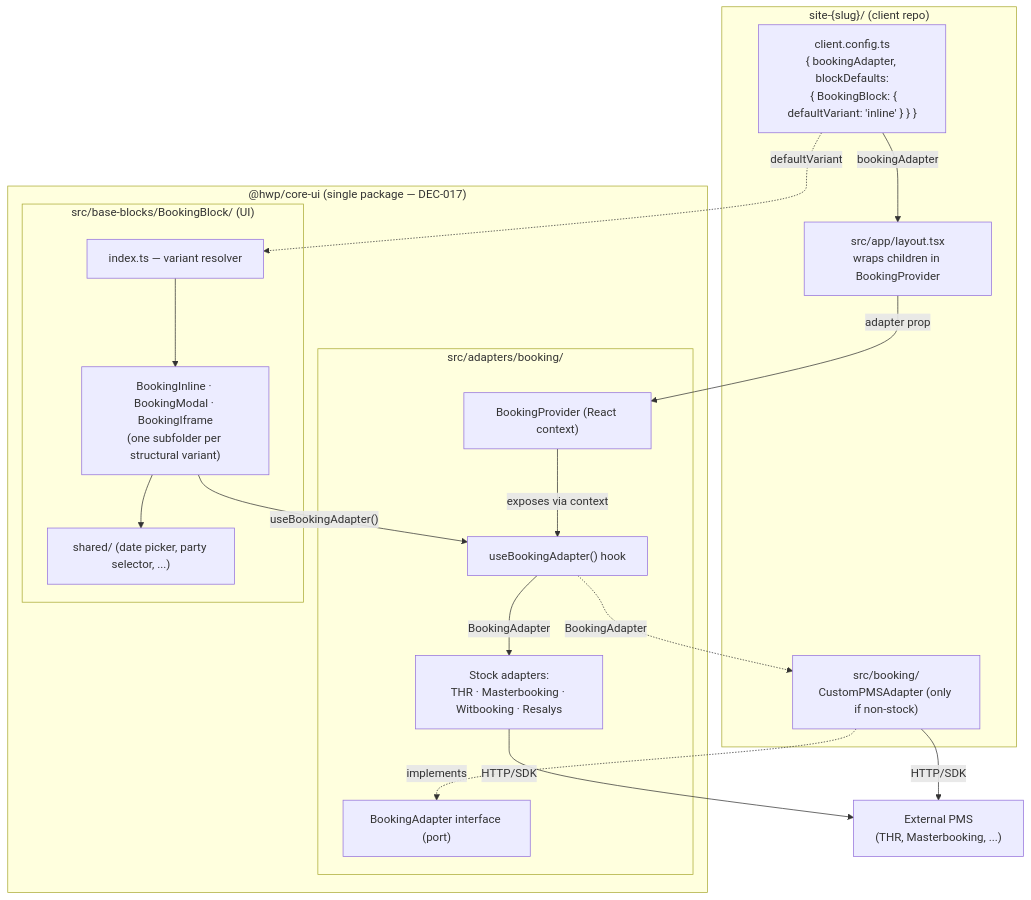
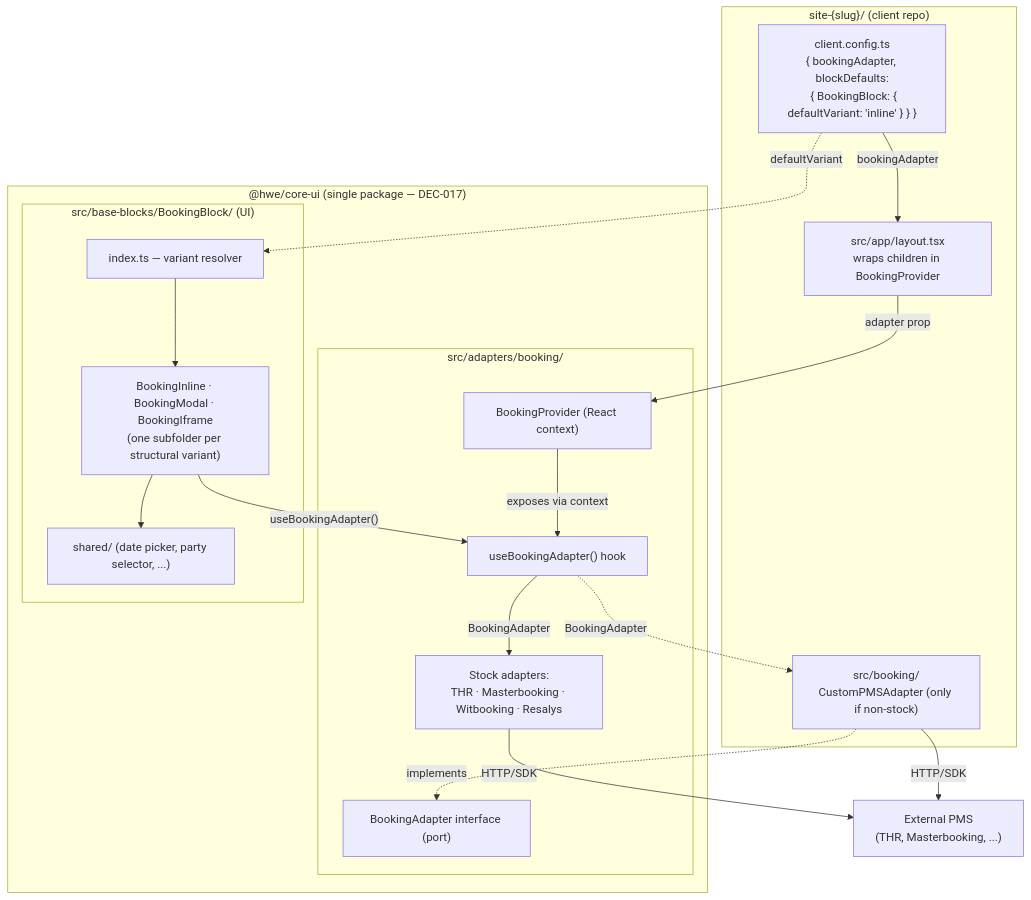
Before and after one commit to AD-Web-Headless-IA/hwe-tools: the diagram in docs/diagrams/booking-architecture.md, drawn with Mermaid. The commit also changed other lines of this file and 90 other files, not shown here.

Commit message:
modificadas referencias de hwp a hwe

````diff
--- a/docs/diagrams/booking-architecture.md
+++ b/docs/diagrams/booking-architecture.md
@@ -5,37 +5,37 @@
 ```mermaid
 flowchart TB
   subgraph client_repo["site-{slug}/  (client repo)"]
     layout["src/app/layout.tsx\nwraps children in BookingProvider"]
     cfg["client.config.ts\n{ bookingAdapter, blockDefaults:\n  { BookingBlock: { defaultVariant: 'inline' } } }"]
     custom["src/booking/\nCustomPMSAdapter (only if non-stock)"]
   end
 
-  subgraph coreui["@hwp/core-ui  (single package — DEC-017)"]
+  subgraph coreui["@hwe/core-ui  (single package — DEC-017)"]
     subgraph adapters["src/adapters/booking/"]
       iface["BookingAdapter interface (port)"]
       stock["Stock adapters:\nTHR · Masterbooking · Witbooking · Resalys"]
       provider["BookingProvider (React context)"]
       hook["useBookingAdapter() hook"]
     end
 
     subgraph blocks["src/base-blocks/BookingBlock/  (UI)"]
       resolver["index.ts — variant resolver"]
       variants["BookingInline · BookingModal · BookingIframe\n(one subfolder per structural variant)"]
       shared["shared/ (date picker, party selector, ...)"]
     end
   end
 
   pms["External PMS\n(THR, Masterbooking, ...)"]
 
   cfg -- bookingAdapter --> layout
   custom -. implements .-> iface
   layout -- adapter prop --> provider
   provider -- exposes via context --> hook
   cfg -. defaultVariant .-> resolver
   resolver --> variants
   variants --> shared
   variants -- useBookingAdapter() --> hook
   hook -- BookingAdapter --> stock
   hook -. BookingAdapter .-> custom
   stock & custom -- HTTP/SDK --> pms
 ```
````
